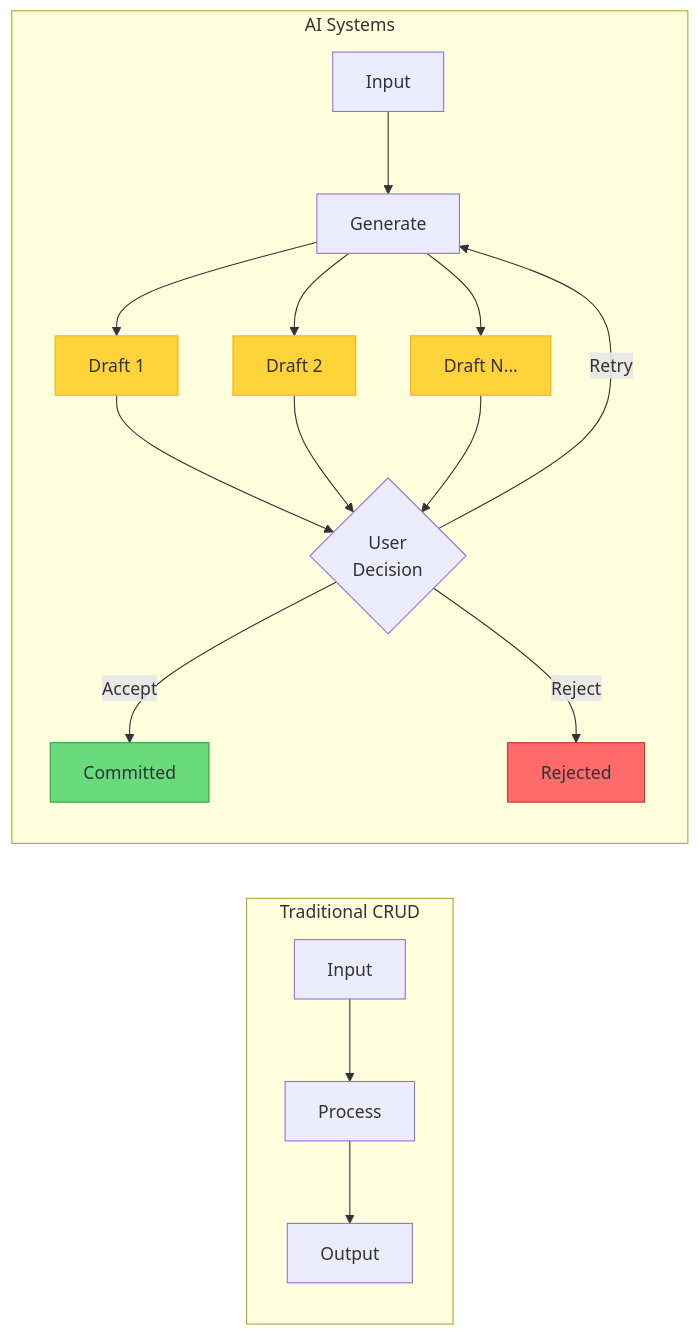
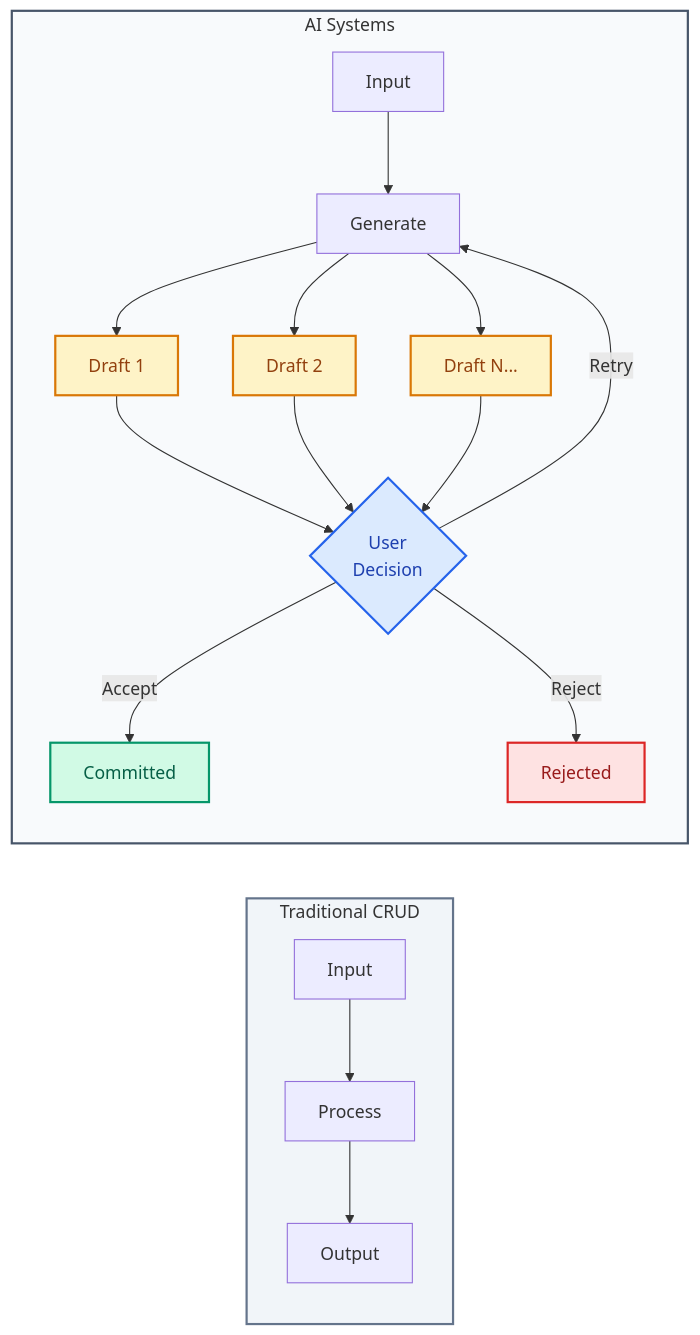
Before and after one commit to whoisrade/agentic-field-manual: the first of 2 diagrams in 02-architecture/state-model.md, drawn with Mermaid. The commit also changed other lines of this file and 18 other files, not shown here.

Commit message:
refine mermaid diagrams with enterprise color palette

````diff
--- a/02-architecture/state-model.md
+++ b/02-architecture/state-model.md
@@ -40,25 +40,28 @@
 ```mermaid
 flowchart LR
     subgraph Traditional["Traditional CRUD"]
-        T1[Input] --> T2[Process] --> T3[Output]
+        T1["Input"] --> T2["Process"] --> T3["Output"]
     end
     
     subgraph AI["AI Systems"]
-        A1[Input] --> A2[Generate]
-        A2 --> A3[Draft 1]
-        A2 --> A4[Draft 2]
-        A2 --> A5[Draft N...]
-        A3 --> A6{User<br/>Decision}
+        A1["Input"] --> A2["Generate"]
+        A2 --> A3["Draft 1"]
+        A2 --> A4["Draft 2"]
+        A2 --> A5["Draft N..."]
+        A3 --> A6{"User<br/>Decision"}
         A4 --> A6
         A5 --> A6
-        A6 -->|Accept| A7[Committed]
-        A6 -->|Reject| A8[Rejected]
-        A6 -->|Retry| A2
+        A6 -->|"Accept"| A7["Committed"]
+        A6 -->|"Reject"| A8["Rejected"]
+        A6 -->|"Retry"| A2
     end
     
-    style A7 fill:#69db7c,stroke:#2f9e44
-    style A8 fill:#ff6b6b,stroke:#c92a2a
-    style A3 fill:#ffd43b,stroke:#fab005
-    style A4 fill:#ffd43b,stroke:#fab005
-    style A5 fill:#ffd43b,stroke:#fab005
+    style Traditional fill:#f1f5f9,stroke:#64748b,stroke-width:2px
+    style AI fill:#f8fafc,stroke:#475569,stroke-width:2px
+    style A3 fill:#fef3c7,stroke:#d97706,stroke-width:2px,color:#92400e
+    style A4 fill:#fef3c7,stroke:#d97706,stroke-width:2px,color:#92400e
+    style A5 fill:#fef3c7,stroke:#d97706,stroke-width:2px,color:#92400e
+    style A6 fill:#dbeafe,stroke:#2563eb,stroke-width:2px,color:#1e40af
+    style A7 fill:#d1fae5,stroke:#059669,stroke-width:2px,color:#065f46
+    style A8 fill:#fee2e2,stroke:#dc2626,stroke-width:2px,color:#991b1b
 ```
````
